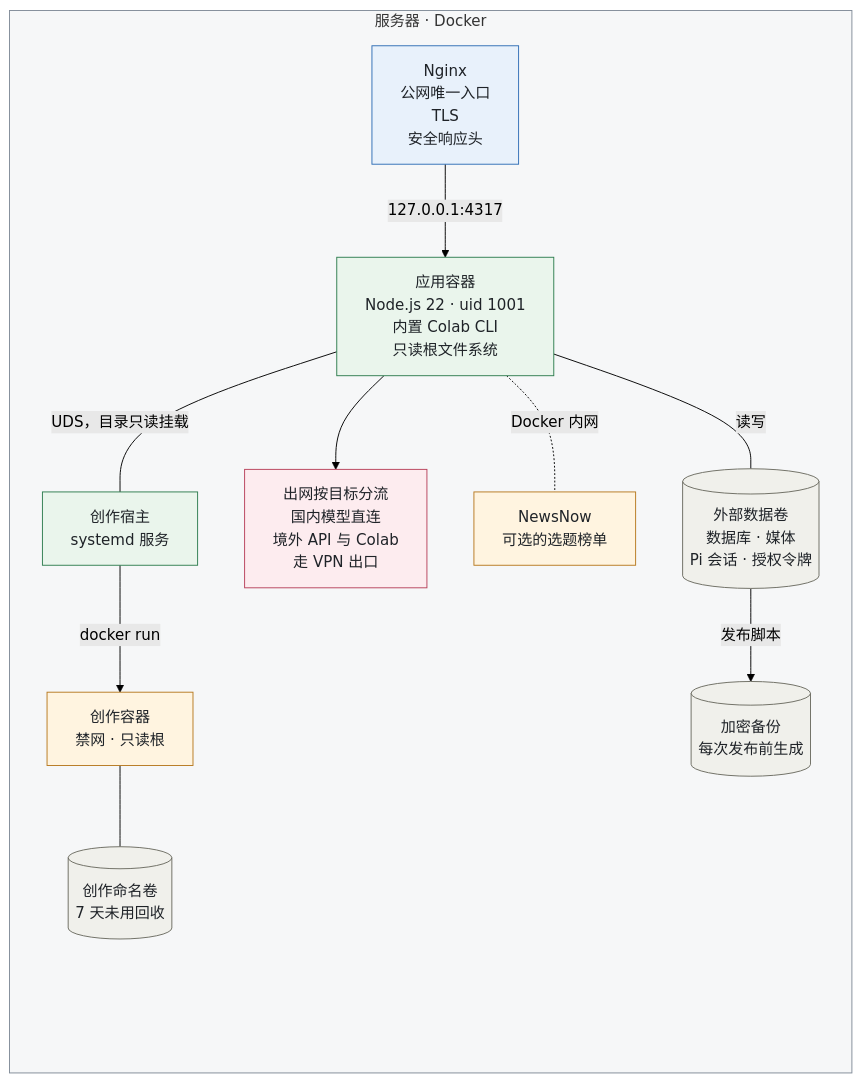
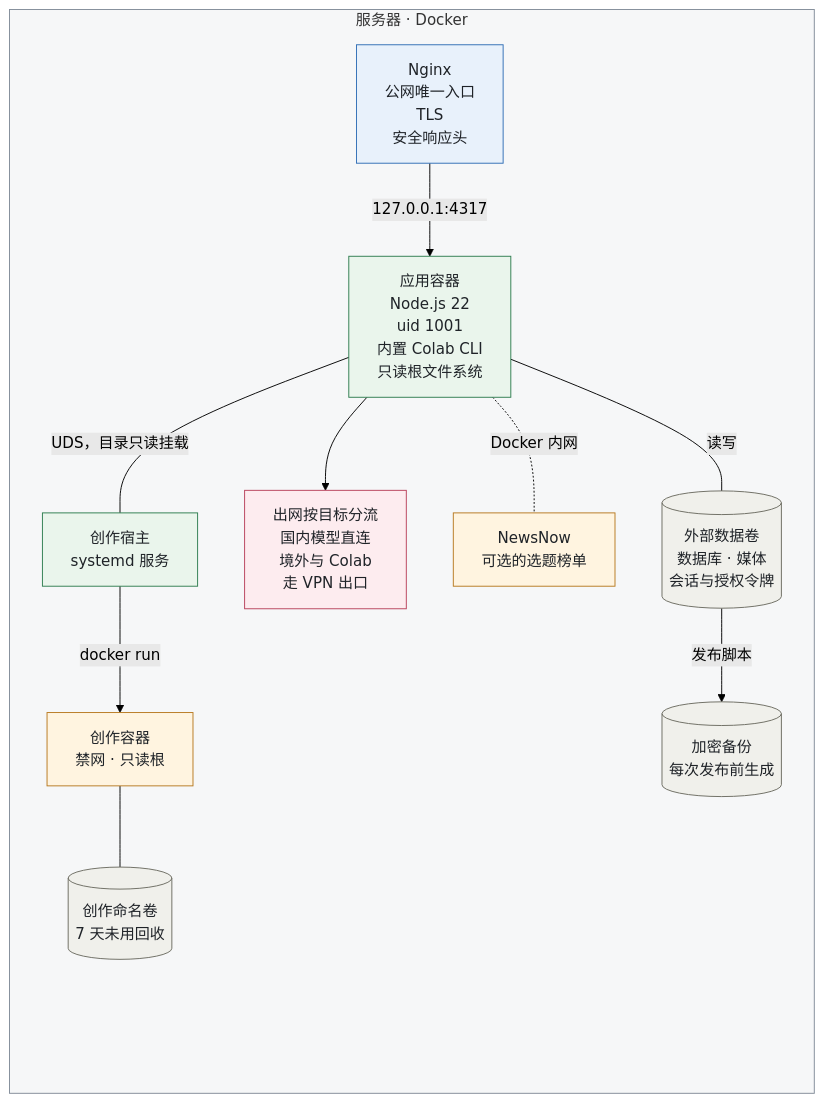
The tenth of 11 diagrams in README.md (yaoziyaoguai/video-factory), drawn with Mermaid (forest theme) before and after one commit. The commit also changed other lines of this file, not shown here.

Commit message:
docs(readme): prevent GitHub Mermaid node label orphan wraps [skip ci]

````diff
--- a/README.md
+++ b/README.md
@@ -425,40 +425,40 @@
 ```mermaid
 flowchart TB
   subgraph SERVER["服务器 · Docker"]
     direction TB
     NGINX["Nginx<br/>公网唯一入口<br/>TLS<br/>安全响应头"]
-    APP["应用容器<br/>Node.js 22 · uid 1001<br/>内置 Colab CLI<br/>只读根文件系统"]
+    APP["应用容器<br/>Node.js 22<br/>uid 1001<br/>内置 Colab CLI<br/>只读根文件系统"]
     RUNNER["创作宿主<br/>systemd 服务"]
     CREATIVE["创作容器<br/>禁网 · 只读根"]
-    OUT["出网按目标分流<br/>国内模型直连<br/>境外 API 与 Colab<br/>走 VPN 出口"]
+    OUT["出网按目标分流<br/>国内模型直连<br/>境外与 Colab<br/>走 VPN 出口"]
     NEWSNOW["NewsNow<br/>可选的选题榜单"]
-    DATA[("外部数据卷<br/>数据库 · 媒体<br/>Pi 会话 · 授权令牌")]
+    DATA[("外部数据卷<br/>数据库 · 媒体<br/>会话与授权令牌")]
     CREATIVE_VOL[("创作命名卷<br/>7 天未用回收")]
     BACKUP[("加密备份<br/>每次发布前生成")]
 
     NGINX -->|"127.0.0.1:4317"| APP
     APP ---|"UDS，目录只读挂载"| RUNNER
     RUNNER -->|"docker run"| CREATIVE
     APP --> OUT
     APP -.-|"Docker 内网"| NEWSNOW
     APP ---|"读写"| DATA
     CREATIVE --- CREATIVE_VOL
     DATA -->|"发布脚本"| BACKUP
     %% PAD 是不可见的占位节点，让右下角留白：GitHub 会把缩放按钮叠放在图的右下角
     CREATIVE_VOL ~~~ PAD[" "]
   end
 
   style PAD fill:none,stroke:none
   style SERVER fill:#818B9812,stroke:#818B98
 
   classDef cUser fill:#E8F1FB,stroke:#2F6DB5,color:#1F2328
   classDef cSvc fill:#EAF5EC,stroke:#2E7D4F,color:#1F2328
   classDef cBox fill:#FFF4E0,stroke:#B7791F,color:#1F2328
   classDef cData fill:#F0F0EB,stroke:#6B6B60,color:#1F2328
   classDef cExt fill:#FDECEF,stroke:#B8405A,color:#1F2328
   class NGINX cUser
   class APP,RUNNER cSvc
   class CREATIVE,NEWSNOW cBox
   class DATA,CREATIVE_VOL,BACKUP cData
   class OUT cExt
 ```
````
